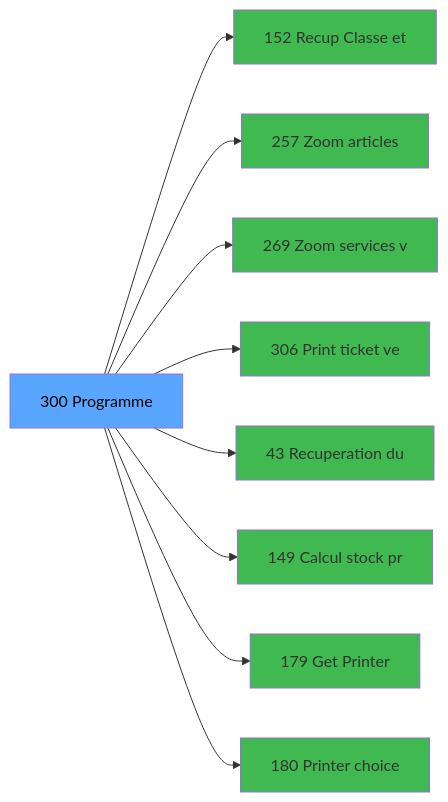
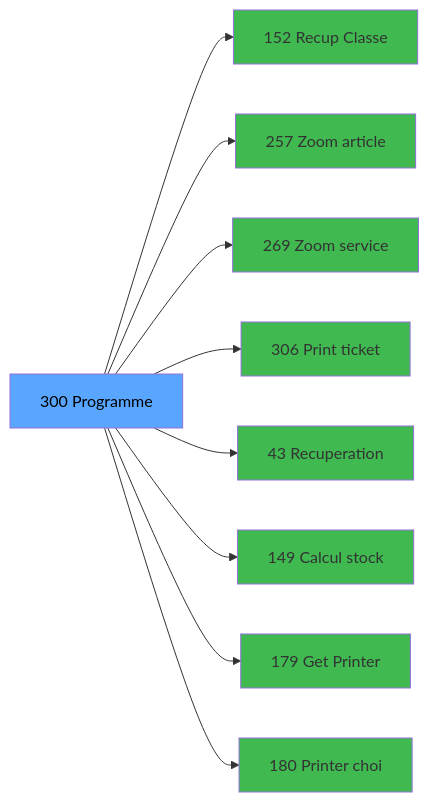
One commit to thonyAGP/magic-migration changed the third of 3 diagrams in .openspec/specs/ADH-IDE-300.md. Above: the diagram before and after it, drawn with Mermaid. The commit also changed other lines of this file and 323 other files, not shown here.

````diff
--- a/.openspec/specs/ADH-IDE-300.md
+++ b/.openspec/specs/ADH-IDE-300.md
@@ -134,29 +159,29 @@
 ```mermaid
 graph LR
     T[300 Programme]
-    C152[152 Recup Classe et]
+    C152[152 Recup Classe]
     T --> C152
-    C257[257 Zoom articles]
+    C257[257 Zoom article]
     T --> C257
-    C269[269 Zoom services v]
+    C269[269 Zoom service]
     T --> C269
-    C306[306 Print ticket ve]
+    C306[306 Print ticket]
     T --> C306
-    C43[43 Recuperation du]
+    C43[43 Recuperation]
     T --> C43
-    C149[149 Calcul stock pr]
+    C149[149 Calcul stock]
     T --> C149
     C179[179 Get Printer]
     T --> C179
-    C180[180 Printer choice]
+    C180[180 Printer choi]
     T --> C180
     style T fill:#58a6ff,color:#000
     style C152 fill:#3fb950
     style C257 fill:#3fb950
     style C269 fill:#3fb950
     style C306 fill:#3fb950
     style C43 fill:#3fb950
     style C149 fill:#3fb950
     style C179 fill:#3fb950
     style C180 fill:#3fb950
 ```
````
